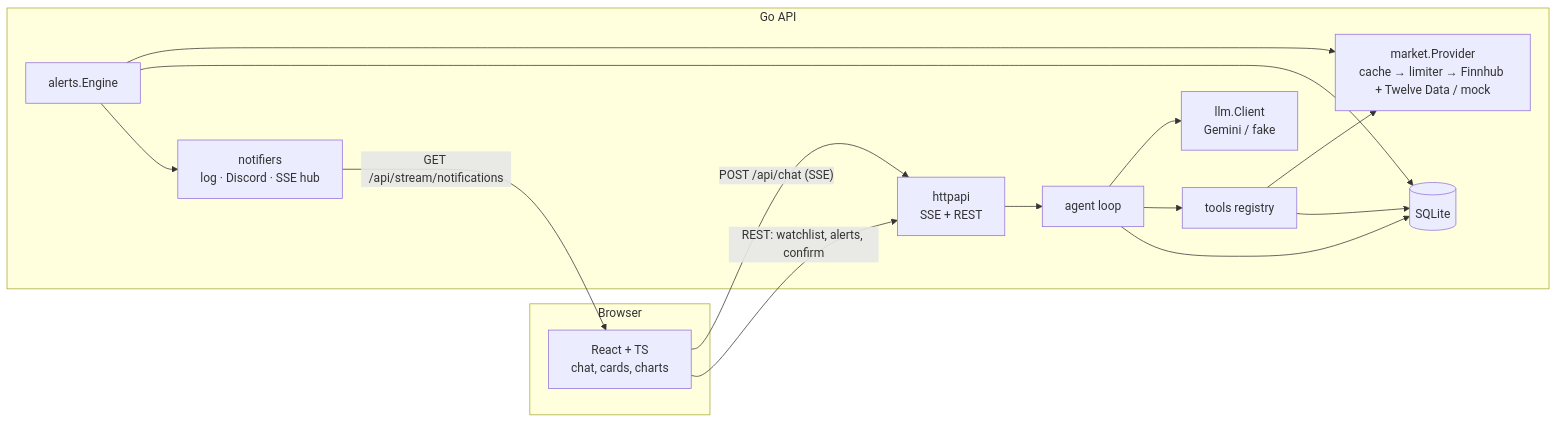
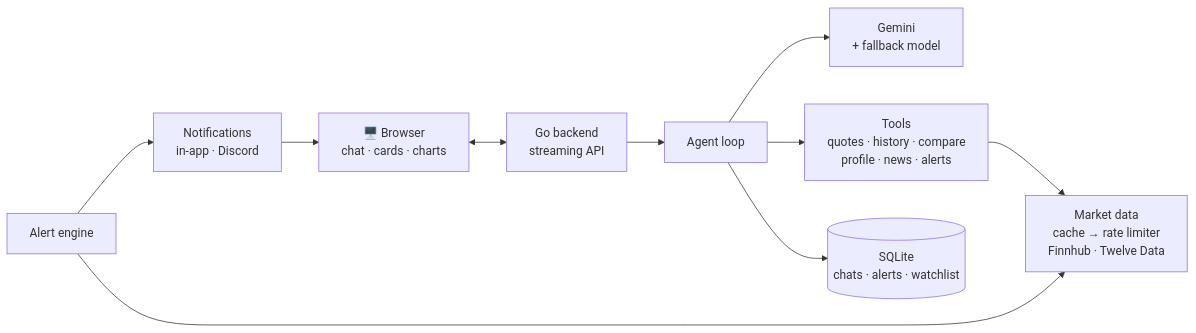
Before and after one commit to mahijeetreddy/StockChat: the second of 2 diagrams in README.md, drawn with Mermaid. The commit also changed other lines of this file and 22 other files, not shown here.

````diff
--- a/README.md
+++ b/README.md
@@ -18,20 +158,12 @@
 ```mermaid
 flowchart LR
-  subgraph Browser
-    UI[React + TS<br/>chat, cards, charts]
-  end
-  subgraph Go API
-    H[httpapi<br/>SSE + REST] --> A[agent loop]
-    A --> L[llm.Client<br/>Gemini / fake]
-    A --> T[tools registry]
-    T --> M[market.Provider<br/>cache → limiter → Finnhub + Twelve Data / mock]
-    A --> S[(SQLite)]
-    T --> S
-    E[alerts.Engine] --> M
-    E --> S
-    E --> N[notifiers<br/>log · Discord · SSE hub]
-  end
-  UI -- "POST /api/chat (SSE)" --> H
-  UI -- "REST: watchlist, alerts, confirm" --> H
-  N -- "GET /api/stream/notifications" --> UI
+  UI["🖥️ Browser<br/>chat · cards · charts"] <--> API["Go backend<br/>streaming API"]
+  API --> AG["Agent loop"]
+  AG --> AI["Gemini<br/>+ fallback model"]
+  AG --> T["Tools<br/>quotes · history · compare<br/>profile · news · alerts"]
+  T --> MD["Market data<br/>cache → rate limiter<br/>Finnhub · Twelve Data"]
+  AG --> DB[("SQLite<br/>chats · alerts · watchlist")]
+  EN["Alert engine"] --> MD
+  EN --> NT["Notifications<br/>in-app · Discord"]
+  NT --> UI
 ```
````
